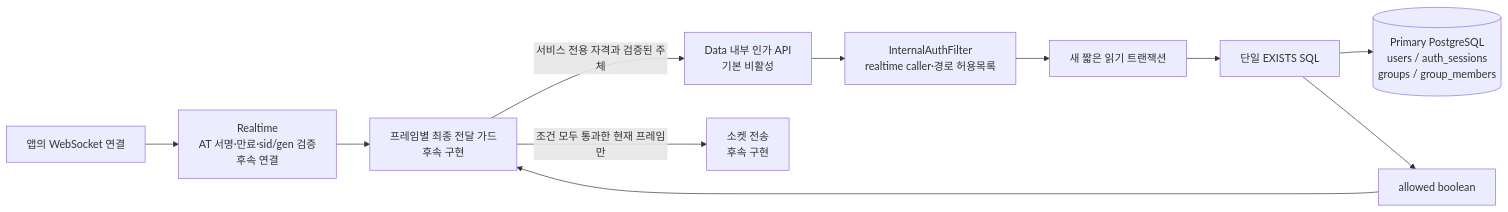
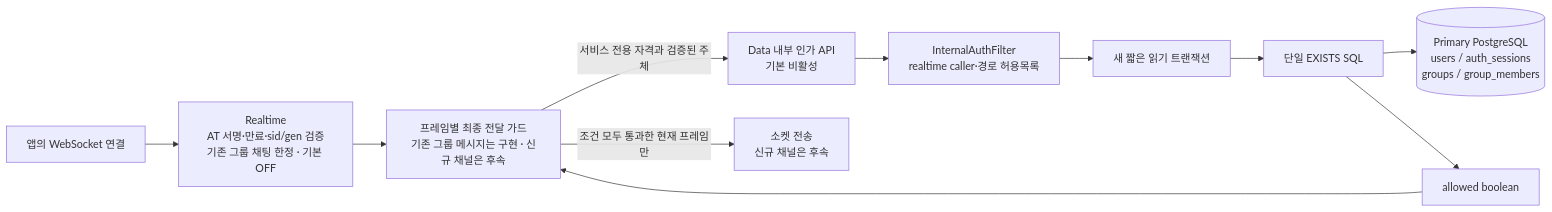
Before and after one commit to OneOrThree/phone: the first of 2 diagrams in docs/architecture/realtime-membership-authorization.md, drawn with Mermaid. The commit also changed other lines of this file and 4 other files, not shown here.

````diff
--- a/docs/architecture/realtime-membership-authorization.md
+++ b/docs/architecture/realtime-membership-authorization.md
@@ -11,13 +11,13 @@
 ```mermaid
 flowchart LR
-    App["앱의 WebSocket 연결"] --> RT["Realtime<br/>AT 서명·만료·sid/gen 검증<br/>후속 연결"]
-    RT --> Guard["프레임별 최종 전달 가드<br/>후속 구현"]
+    App["앱의 WebSocket 연결"] --> RT["Realtime<br/>AT 서명·만료·sid/gen 검증<br/>기존 그룹 채팅 한정 · 기본 OFF"]
+    RT --> Guard["프레임별 최종 전달 가드<br/>기존 그룹 메시지는 구현 · 신규 채널은 후속"]
     Guard -->|서비스 전용 자격과 검증된 주체| API["Data 내부 인가 API<br/>기본 비활성"]
     API --> Auth["InternalAuthFilter<br/>realtime caller·경로 허용목록"]
     Auth --> Service["새 짧은 읽기 트랜잭션"]
     Service --> SQL["단일 EXISTS SQL"]
     SQL --> DB[("Primary PostgreSQL<br/>users / auth_sessions<br/>groups / group_members")]
     SQL --> Result["allowed boolean"]
     Result --> Guard
-    Guard -->|조건 모두 통과한 현재 프레임만| Socket["소켓 전송<br/>후속 구현"]
+    Guard -->|조건 모두 통과한 현재 프레임만| Socket["소켓 전송<br/>신규 채널은 후속"]
 ```
````
